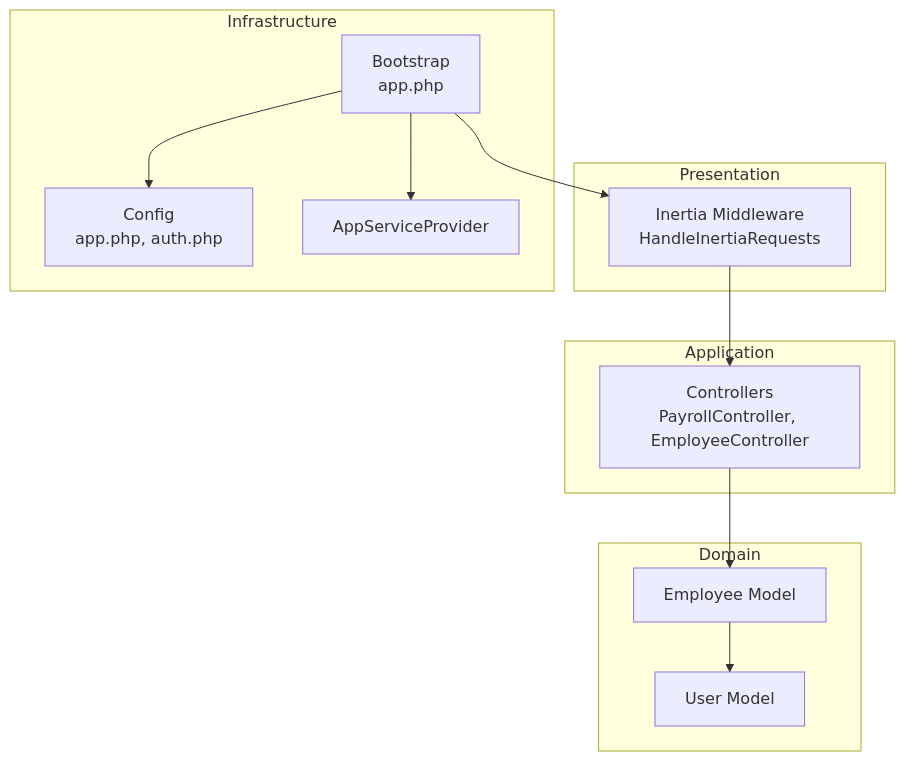
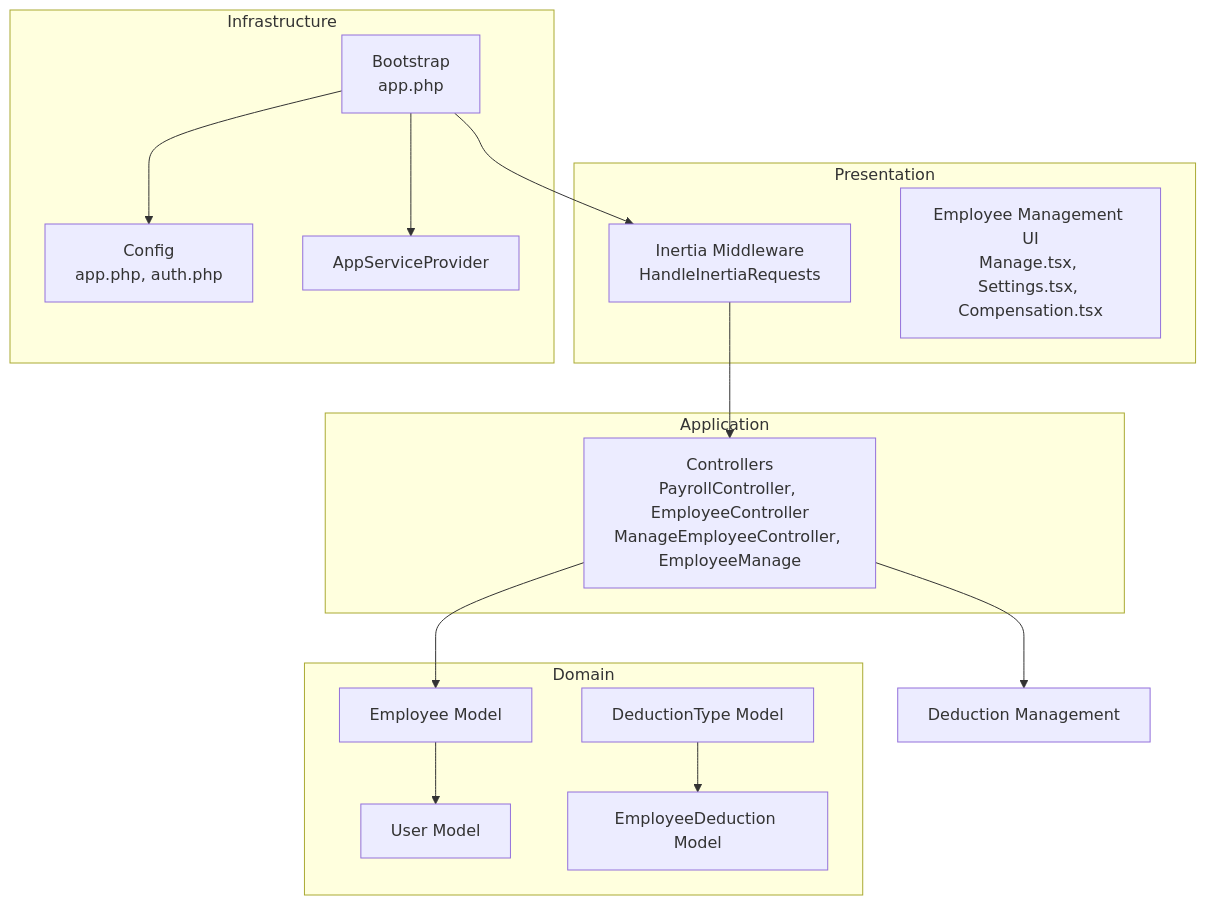
Before and after one commit to vincet0t15/template: the second of 9 diagrams in .qoder/repowiki/en/content/Architecture Overview/Backend Architecture.md, drawn with Mermaid. The commit also changed other lines of this file and 8 other files, not shown here.

````diff
--- a/.qoder/repowiki/en/content/Architecture Overview/Backend Architecture.md
+++ b/.qoder/repowiki/en/content/Architecture Overview/Backend Architecture.md
@@ -113,24 +141,32 @@
 ```mermaid
 graph TB
 subgraph "Presentation"
 INR["Inertia Middleware<br/>HandleInertiaRequests"]
+ENDPOINTS["Employee Management UI<br/>Manage.tsx, Settings.tsx, Compensation.tsx"]
 end
 subgraph "Application"
-CTRL["Controllers<br/>PayrollController, EmployeeController"]
+CTRL["Controllers<br/>PayrollController, EmployeeController<br/>ManageEmployeeController, EmployeeManage"]
+ENDPOINTS
 end
 subgraph "Domain"
 EMOD["Employee Model"]
 UMOD["User Model"]
+DDTYPE["DeductionType Model"]
+EDMOD["EmployeeDeduction Model"]
+ENDPOINTS
 end
 subgraph "Infrastructure"
 BOOT["Bootstrap<br/>app.php"]
 CONF["Config<br/>app.php, auth.php"]
 PROV["AppServiceProvider"]
+ENDPOINTS
 end
 INR --> CTRL
 CTRL --> EMOD
+CTRL --> DEDUCTIONS["Deduction Management"]
 EMOD --> UMOD
+DDTYPE --> EDMOD
 BOOT --> INR
 BOOT --> CONF
 BOOT --> PROV
 ```
````
